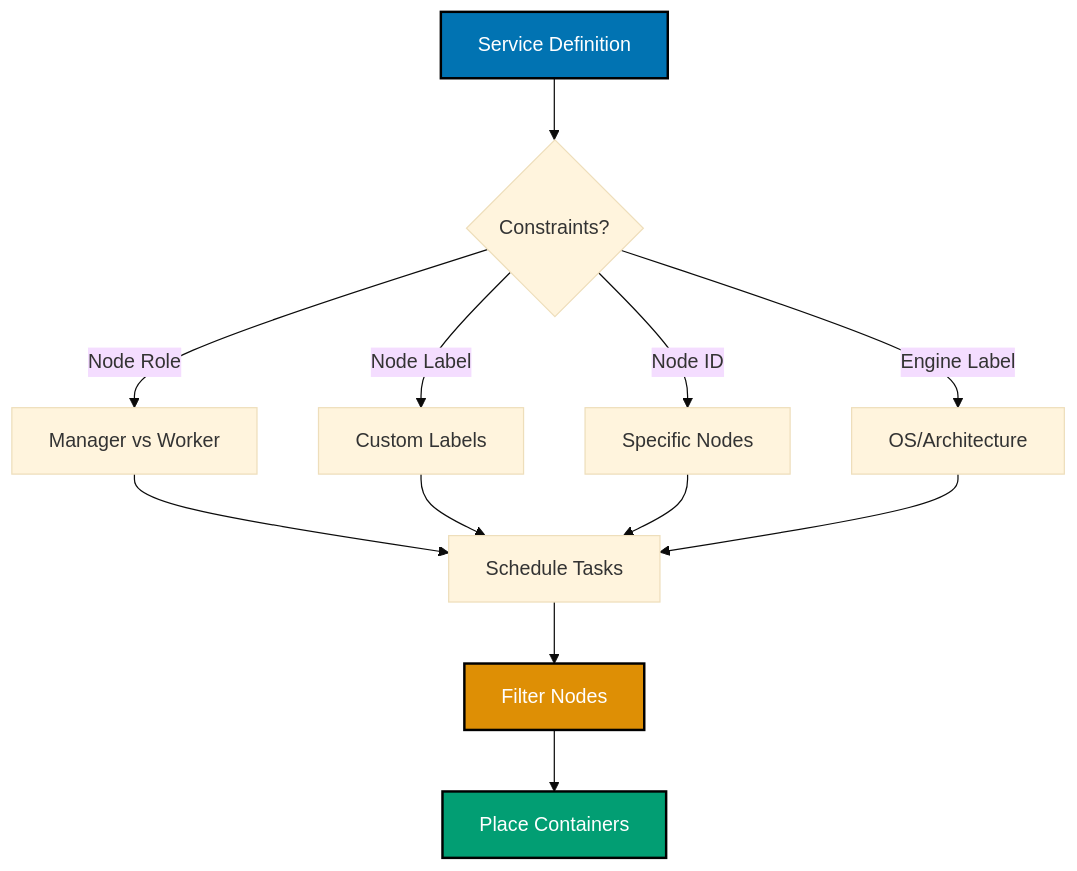
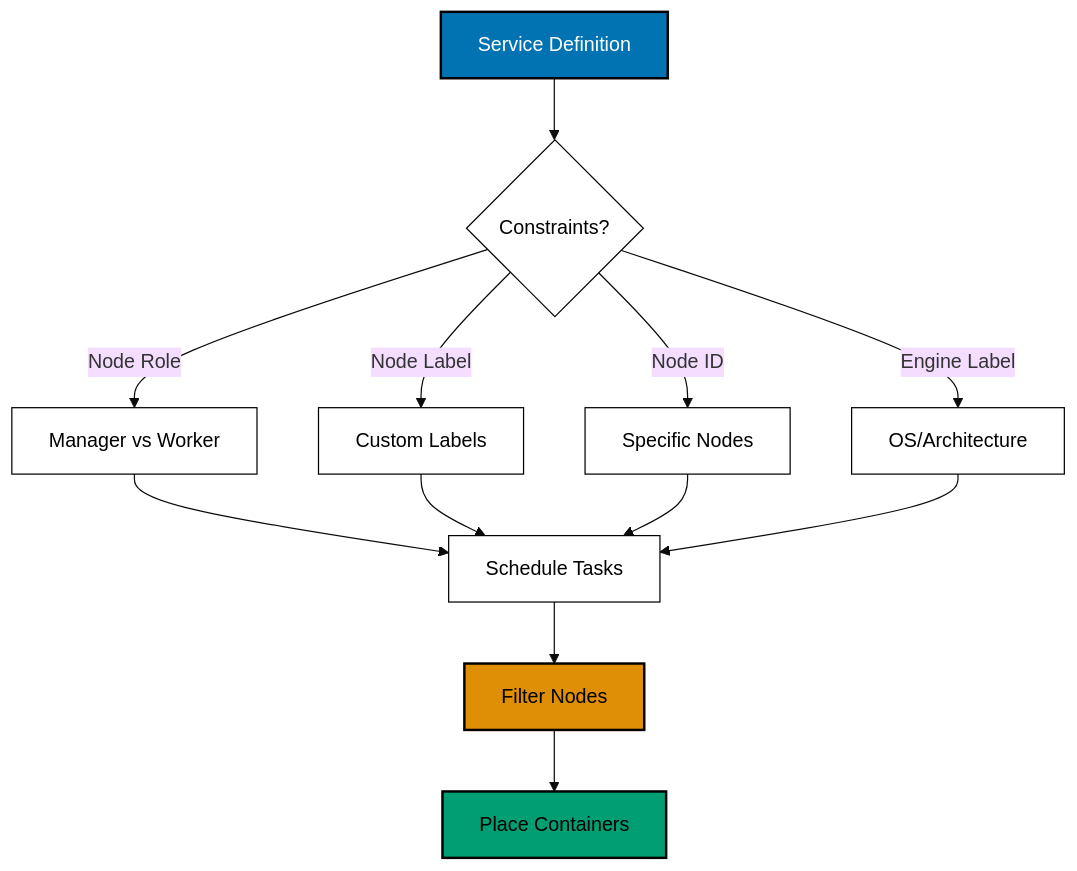
Before and after one commit to wahidyankf/ose-public: the eighth of 14 diagrams in apps/ayokoding-www/content/en/learn/legacy/software-engineering/infrastructure/tools/docker/by-example/advanced.md, drawn with Mermaid (base theme). The commit also changed other lines of this file and 131 other files, not shown here.

First line of the commit message:
fix(mermaid): bring the legacy data, infrastructure, and testing diagrams onto the accessible palette

````diff
--- a/apps/ayokoding-www/content/en/learn/legacy/software-engineering/infrastructure/tools/docker/by-example/advanced.md
+++ b/apps/ayokoding-www/content/en/learn/legacy/software-engineering/infrastructure/tools/docker/by-example/advanced.md
@@ -2330,21 +2375,27 @@
 ```mermaid
 %% Color Palette: Blue #0173B2, Orange #DE8F05, Teal #029E73, Purple #CC78BC, Brown #CA9161
 graph TD
+ accTitle: Example 67: Docker Swarm Service Constraints
+ accDescr: Graph with 9 nodes and 11 connections. Nodes: Service Definition, Constraints?, Manager vs Worker, Custom Labels, Specific Nodes, OS/Architecture, Schedule Tasks, Filter Nodes, Place Containers. Connections: Service Definition to Constraints?, Constraints? to Manager vs Worker (Node Role), Constraints? to Custom Labels (Node Label), Constraints? to Specific Nodes (Node ID), Constraints? to OS/Architecture (Engine Label), Manager vs Worker to Schedule Tasks, Custom Labels to Schedule Tasks, Specific Nodes to Schedule Tasks, OS/Architecture to Schedule Tasks, Schedule Tasks to Filter Nodes, Filter Nodes to Place Containers.
  A["Service Definition"] --> B{Constraints?}
  B -->|Node Role| C["Manager vs Worker"]
  B -->|Node Label| D["Custom Labels"]
  B -->|Node ID| E["Specific Nodes"]
  B -->|Engine Label| F["OS/Architecture"]
 
  C --> G["Schedule Tasks"]
  D --> G
  E --> G
  F --> G
 
  G --> H["Filter Nodes"]
  H --> I["Place Containers"]
 
- style A fill:#0173B2,stroke:#000000,stroke-width:2px,color:#fff
- style H fill:#DE8F05,stroke:#000000,stroke-width:2px,color:#fff
- style I fill:#029E73,stroke:#000000,stroke-width:2px,color:#fff
+ classDef pal-0173B2 fill:#0173B2,stroke:#000000,color:#FFFFFF,stroke-width:2px
+ class A pal-0173B2
+ classDef pal-DE8F05 fill:#DE8F05,stroke:#000000,color:#000000,stroke-width:2px
+ class H pal-DE8F05
+ classDef pal-029E73 fill:#029E73,stroke:#000000,color:#000000,stroke-width:2px
+ class I pal-029E73
+ classDef default fill:#FFFFFF,stroke:#000000,color:#000000
 ```
````
